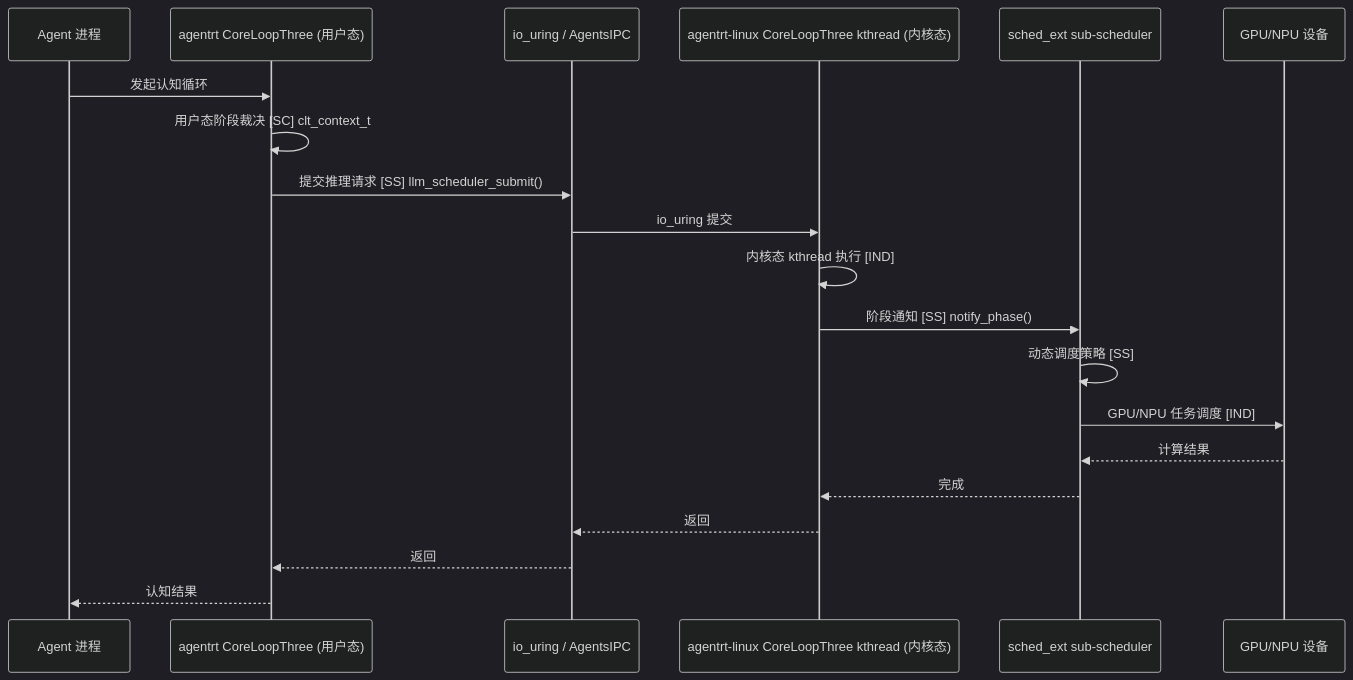
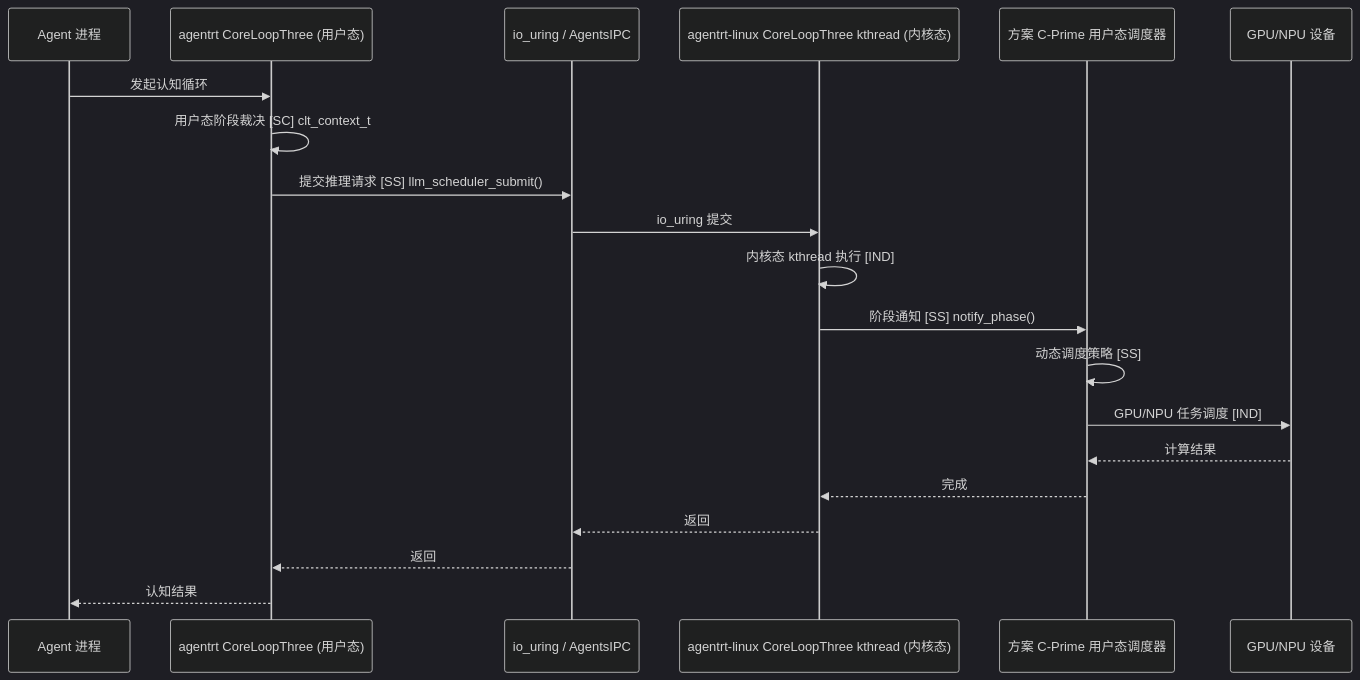
Before and after one commit to openairymax/docs: the second of 2 diagrams in AirymaxOS/20-modules/05-cognition.md, drawn with Mermaid (dark theme). The commit also changed other lines of this file and 115 other files, not shown here.

````diff
--- a/AirymaxOS/20-modules/05-cognition.md
+++ b/AirymaxOS/20-modules/05-cognition.md
@@ -483,23 +483,23 @@
 ```mermaid
 sequenceDiagram
     participant AGENT as Agent 进程
     participant CLT_U as agentrt CoreLoopThree (用户态)
     participant IPC as io_uring / AgentsIPC
     participant CLT_K as agentrt-linux CoreLoopThree kthread (内核态)
-    participant SCHED as sched_ext sub-scheduler
+    participant SCHED as 方案 C-Prime 用户态调度器
     participant GPU as GPU/NPU 设备
 
     AGENT->>CLT_U: 发起认知循环
     CLT_U->>CLT_U: 用户态阶段裁决 [SC] clt_context_t
     CLT_U->>IPC: 提交推理请求 [SS] llm_scheduler_submit()
     IPC->>CLT_K: io_uring 提交
     CLT_K->>CLT_K: 内核态 kthread 执行 [IND]
     CLT_K->>SCHED: 阶段通知 [SS] notify_phase()
     SCHED->>SCHED: 动态调度策略 [SS]
     SCHED->>GPU: GPU/NPU 任务调度 [IND]
     GPU-->>SCHED: 计算结果
     SCHED-->>CLT_K: 完成
     CLT_K-->>IPC: 返回
     IPC-->>CLT_U: 返回
     CLT_U-->>AGENT: 认知结果
 ```
````
